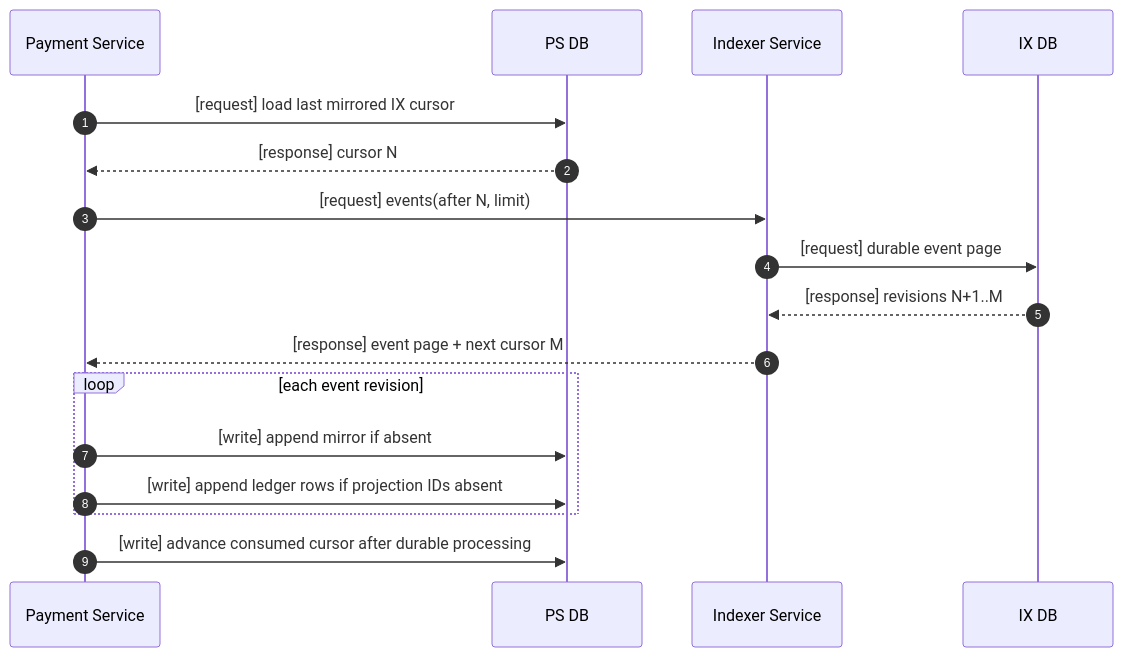
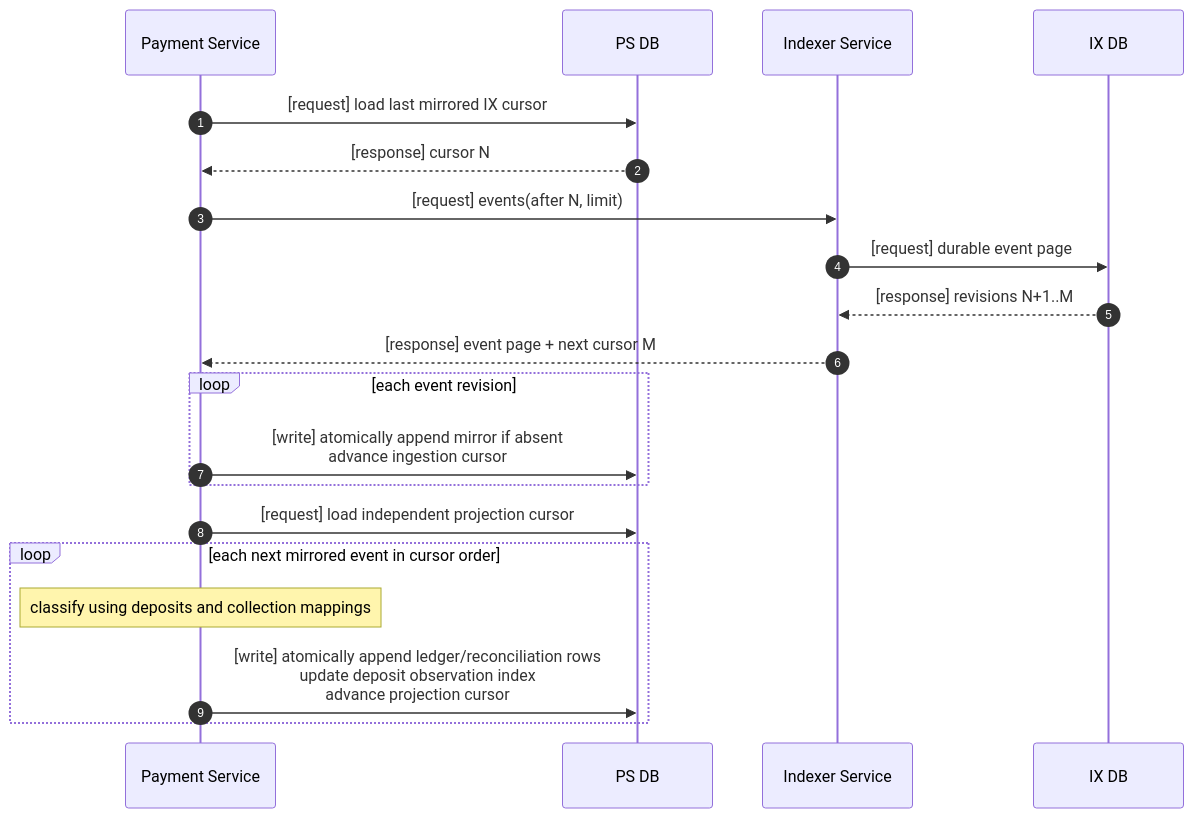
Before and after one commit to achiko/Payment-SDK: diagram 11 of 17 in docs/SYSTEM_REQUIREMENTS.md, drawn with Mermaid. The commit also changed other lines of this file and 83 other files, not shown here.

````diff
--- a/docs/SYSTEM_REQUIREMENTS.md
+++ b/docs/SYSTEM_REQUIREMENTS.md
@@ -618,22 +639,25 @@
 ```mermaid
 sequenceDiagram
     autonumber
     participant PS as Payment Service
     participant PSDB as PS DB
     participant IX as Indexer Service
     participant IXDB as IX DB
 
     PS->>PSDB: [request] load last mirrored IX cursor
     PSDB-->>PS: [response] cursor N
     PS->>IX: [request] events(after N, limit)
     IX->>IXDB: [request] durable event page
     IXDB-->>IX: [response] revisions N+1..M
     IX-->>PS: [response] event page + next cursor M
 
     loop each event revision
-        PS->>PSDB: [write] append mirror if absent
-        PS->>PSDB: [write] append ledger rows if projection IDs absent
+        PS->>PSDB: [write] atomically append mirror if absent<br/>advance ingestion cursor
     end
 
-    PS->>PSDB: [write] advance consumed cursor after durable processing
+    PS->>PSDB: [request] load independent projection cursor
+    loop each next mirrored event in cursor order
+        Note over PS: classify using deposits and collection mappings
+        PS->>PSDB: [write] atomically append ledger/reconciliation rows<br/>update deposit observation index<br/>advance projection cursor
+    end
 ```
````
